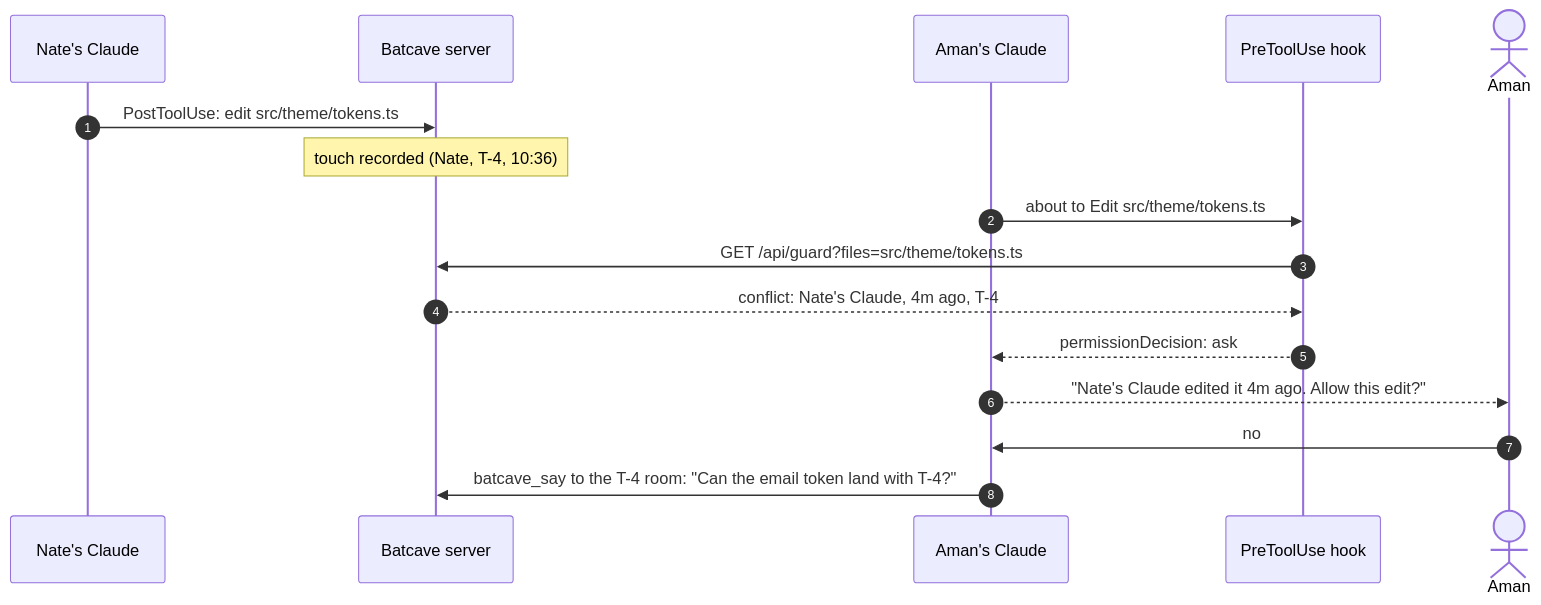
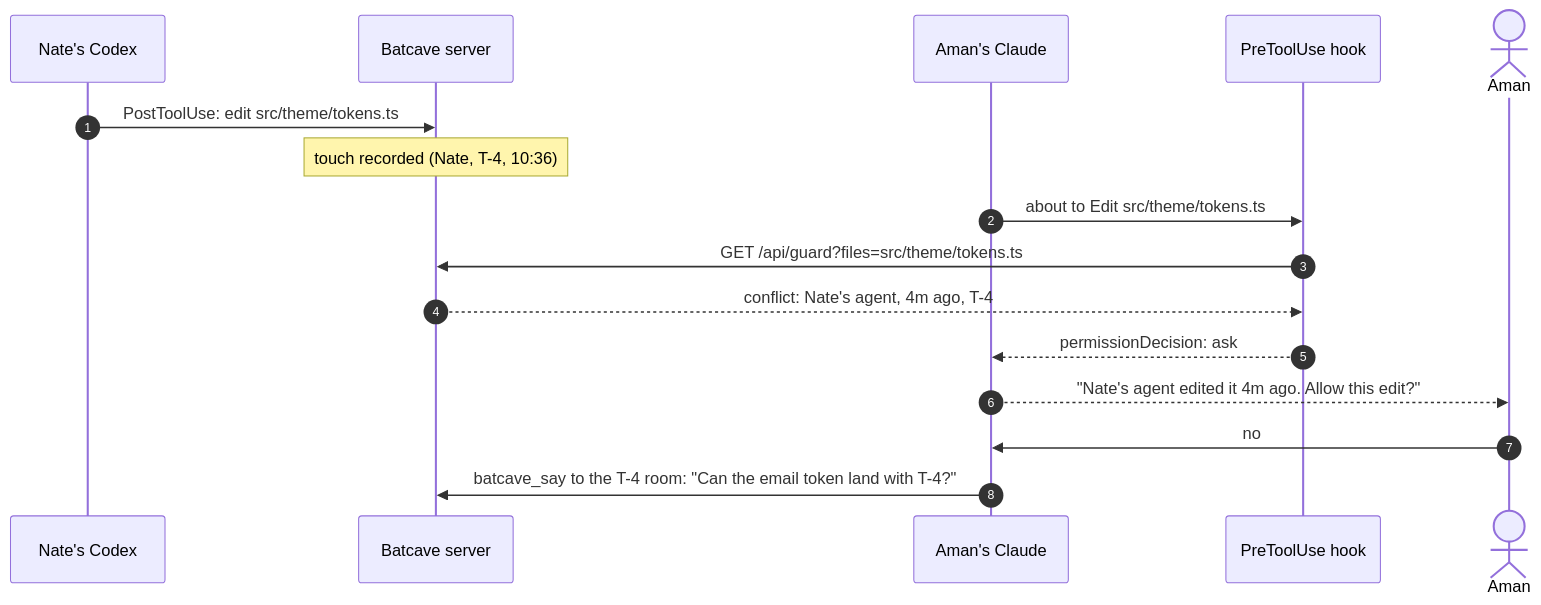
The third of 5 diagrams in README.md (solanki-aman/batcave), drawn with Mermaid before and after one commit. The commit also changed other lines of this file and 17 other files, not shown here.

````diff
--- a/README.md
+++ b/README.md
@@ -179,19 +223,19 @@
 ```mermaid
 sequenceDiagram
     autonumber
-    participant N as Nate's Claude
+    participant N as Nate's Codex
     participant S as Batcave server
     participant A as Aman's Claude
     participant H as PreToolUse hook
     actor Aman
 
     N->>S: PostToolUse: edit src/theme/tokens.ts
     Note over S: touch recorded (Nate, T-4, 10:36)
     A->>H: about to Edit src/theme/tokens.ts
     H->>S: GET /api/guard?files=src/theme/tokens.ts
-    S-->>H: conflict: Nate's Claude, 4m ago, T-4
+    S-->>H: conflict: Nate's agent, 4m ago, T-4
     H-->>A: permissionDecision: ask
-    A-->>Aman: "Nate's Claude edited it 4m ago. Allow this edit?"
+    A-->>Aman: "Nate's agent edited it 4m ago. Allow this edit?"
     Aman->>A: no
     A->>S: batcave_say to the T-4 room: "Can the email token land with T-4?"
 ```
````
